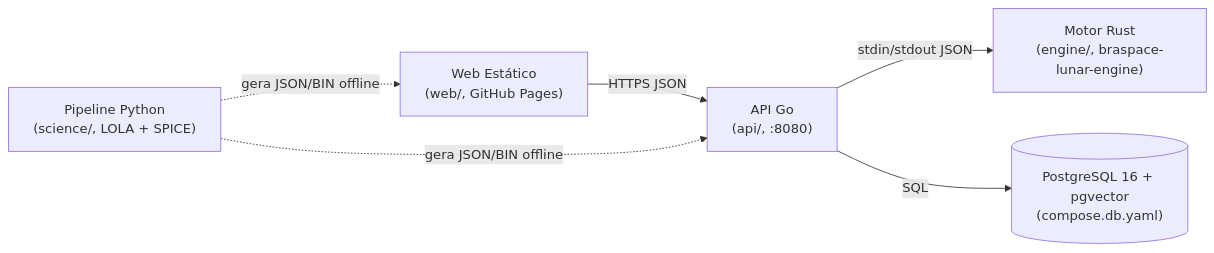
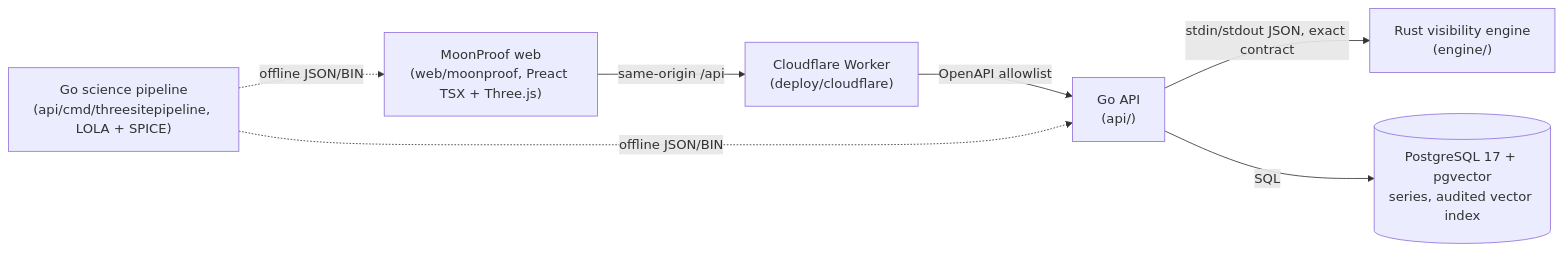
One commit to Braspace/Braspace changed the diagram in README.pt-BR.md. Above: the diagram before and after it, drawn with Mermaid. The commit also changed other lines of this file and 1 other file, not shown here.

````diff
--- a/README.pt-BR.md
+++ b/README.pt-BR.md
@@ -39,8 +33,9 @@
 ```mermaid
 flowchart LR
-    Browser["Web Estático<br/>(web/, GitHub Pages)"] -->|HTTPS JSON| API["API Go<br/>(api/, :8080)"]
-    API -->|stdin/stdout JSON| Engine["Motor Rust<br/>(engine/, braspace-lunar-engine)"]
-    API -->|SQL| DB[("PostgreSQL 16 + pgvector<br/>(compose.db.yaml)")]
-    Science["Pipeline Python<br/>(science/, LOLA + SPICE)"] -.->|gera JSON/BIN offline| API
-    Science -.->|gera JSON/BIN offline| Browser
+    Browser["MoonProof web<br/>(web/moonproof, Preact TSX + Three.js)"] -->|same-origin /api| Worker["Cloudflare Worker<br/>(deploy/cloudflare)"]
+    Worker -->|OpenAPI allowlist| API["Go API<br/>(api/)"]
+    API -->|stdin/stdout JSON, exact contract| Engine["Rust visibility engine<br/>(engine/)"]
+    API -->|SQL| DB[("PostgreSQL 17 + pgvector<br/>series, audited vector index")]
+    Pipeline["Go science pipeline<br/>(api/cmd/threesitepipeline, LOLA + SPICE)"] -.->|offline JSON/BIN| API
+    Pipeline -.->|offline JSON/BIN| Browser
 ```
````
